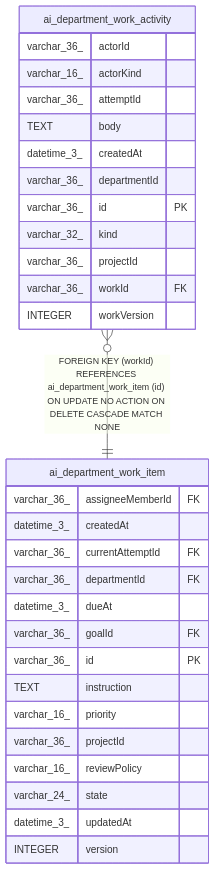
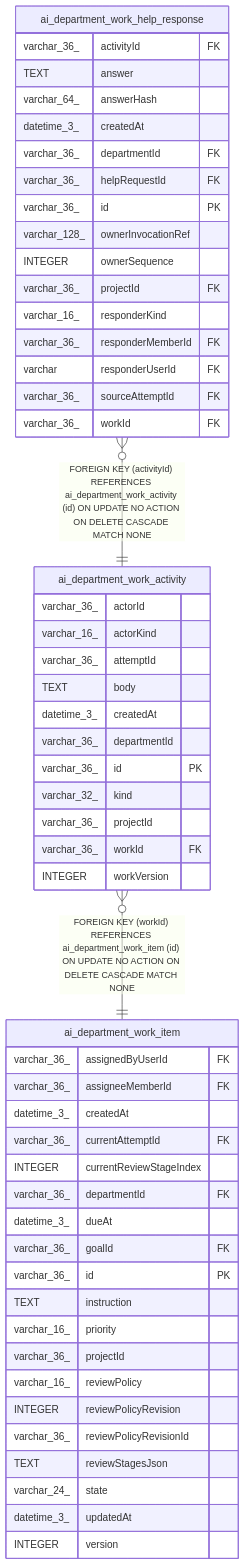
Before and after one commit to haison1234/Nexora: the diagram in docs/generated/sqlite-schema/ai_department_work_activity.md, drawn with Mermaid. The commit also changed other lines of this file and 524 other files, not shown here.

````diff
--- a/docs/generated/sqlite-schema/ai_department_work_activity.md
+++ b/docs/generated/sqlite-schema/ai_department_work_activity.md
@@ -49,35 +50,58 @@
 ```mermaid
 erDiagram
 
+"ai_department_work_help_response" }o--|| "ai_department_work_activity" : "FOREIGN KEY (activityId) REFERENCES ai_department_work_activity (id) ON UPDATE NO ACTION ON DELETE CASCADE MATCH NONE"
 "ai_department_work_activity" }o--|| "ai_department_work_item" : "FOREIGN KEY (workId) REFERENCES ai_department_work_item (id) ON UPDATE NO ACTION ON DELETE CASCADE MATCH NONE"
 
 "ai_department_work_activity" {
   varchar_36_ actorId
   varchar_16_ actorKind
   varchar_36_ attemptId
   TEXT body
   datetime_3_ createdAt
   varchar_36_ departmentId
   varchar_36_ id PK
   varchar_32_ kind
   varchar_36_ projectId
   varchar_36_ workId FK
   INTEGER workVersion
 }
+"ai_department_work_help_response" {
+  varchar_36_ activityId FK
+  TEXT answer
+  varchar_64_ answerHash
+  datetime_3_ createdAt
+  varchar_36_ departmentId FK
+  varchar_36_ helpRequestId FK
+  varchar_36_ id PK
+  varchar_128_ ownerInvocationRef
+  INTEGER ownerSequence
+  varchar_36_ projectId FK
+  varchar_16_ responderKind
+  varchar_36_ responderMemberId FK
+  varchar responderUserId FK
+  varchar_36_ sourceAttemptId FK
+  varchar_36_ workId FK
+}
 "ai_department_work_item" {
+  varchar_36_ assignedByUserId FK
   varchar_36_ assigneeMemberId FK
   datetime_3_ createdAt
   varchar_36_ currentAttemptId FK
+  INTEGER currentReviewStageIndex
   varchar_36_ departmentId FK
   datetime_3_ dueAt
   varchar_36_ goalId FK
   varchar_36_ id PK
   TEXT instruction
   varchar_16_ priority
   varchar_36_ projectId
   varchar_16_ reviewPolicy
+  INTEGER reviewPolicyRevision
+  varchar_36_ reviewPolicyRevisionId
+  TEXT reviewStagesJson
   varchar_24_ state
   datetime_3_ updatedAt
   INTEGER version
 }
 ```
````
